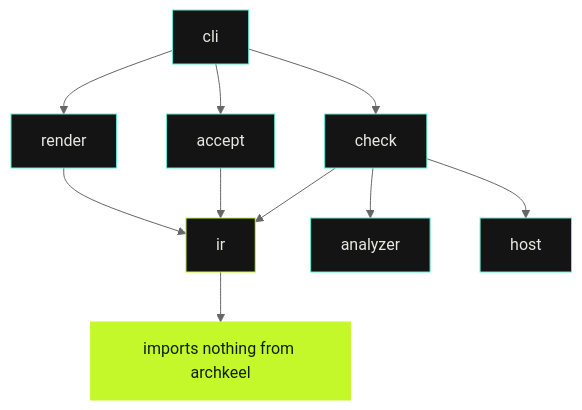
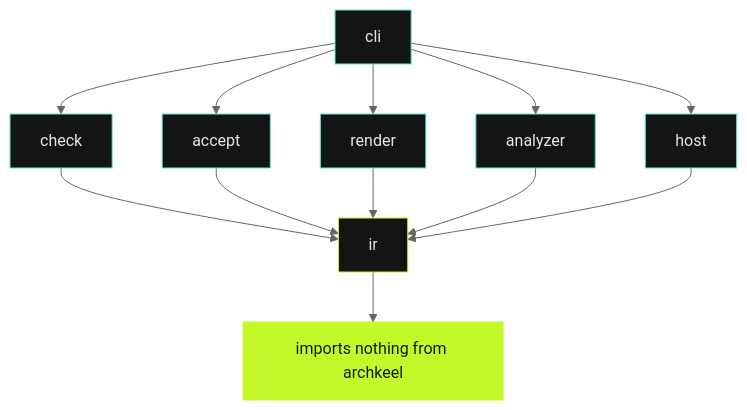
One commit to rapiddweller/archkeel changed the third of 3 diagrams in README.md. Above: the diagram before and after it, drawn with Mermaid (neutral theme). The commit also changed 16 other files, not shown here.

````diff
--- a/README.md
+++ b/README.md
@@ -283,20 +283,22 @@
 ```mermaid
 flowchart TB
     CLI["cli"] --> CHECK["check"]
     CLI --> ACCEPT["accept"]
     CLI --> RENDER["render"]
+    CLI --> PRODUCER["analyzer"]
+    CLI --> HOST["host"]
     CHECK --> IR["ir"]
-    CHECK --> PRODUCER["analyzer"]
-    CHECK --> HOST["host"]
     ACCEPT --> IR
     RENDER --> IR
+    PRODUCER --> IR
+    HOST --> IR
     IR --> RULE["imports nothing from archkeel"]
 
     classDef module fill:#141414,stroke:#5EEAD4,color:#E8E8E2
     classDef core fill:#141414,stroke:#C5F82A,color:#E8E8E2
     classDef invariant fill:#C5F82A,stroke:#C5F82A,color:#0D1F05
 
     class CLI,CHECK,ACCEPT,PRODUCER,HOST,RENDER module
     class IR core
     class RULE invariant
 ```
````
